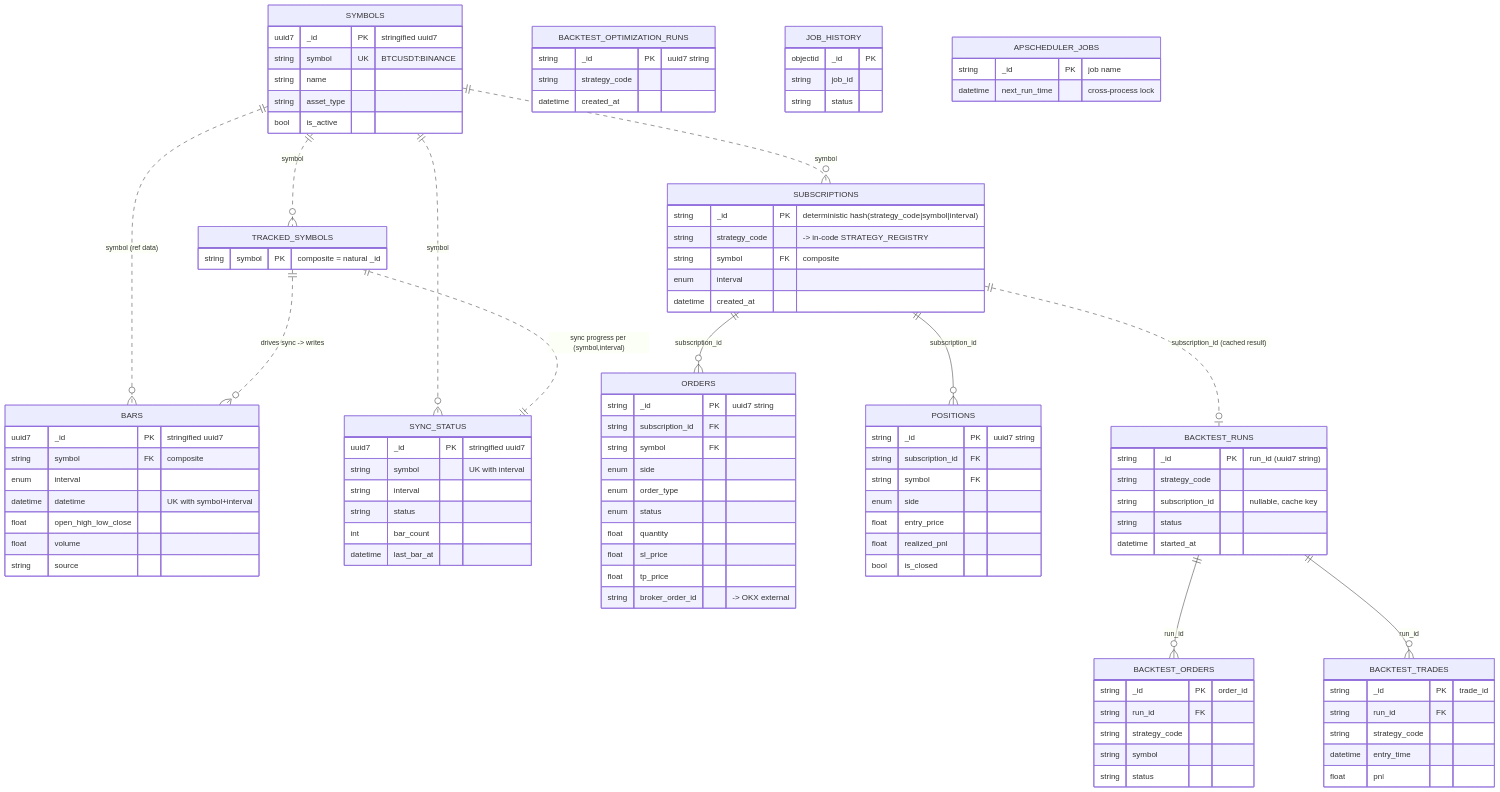
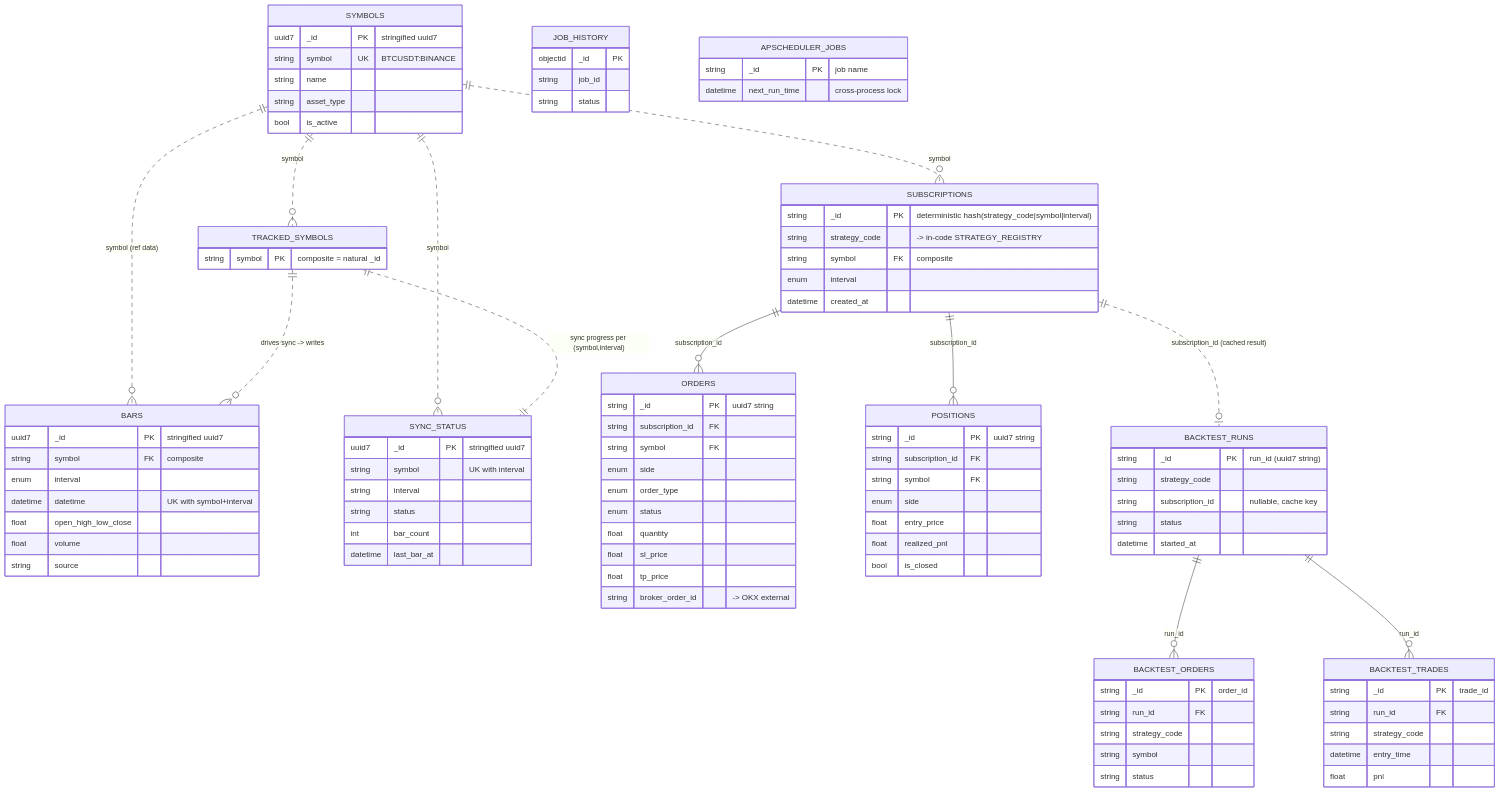
One commit to camping89/pocketquant changed the diagram in docs/visuals/collection-erd.mmd. Above: the diagram before and after it, drawn with Mermaid. The commit also changed 6 other files, not shown here.

```diff
--- a/docs/visuals/collection-erd.mmd
+++ b/docs/visuals/collection-erd.mmd
@@ -1,105 +1,100 @@
 erDiagram
     SYMBOLS ||..o{ BARS : "symbol (ref data)"
     SYMBOLS ||..o{ SYNC_STATUS : "symbol"
     SYMBOLS ||..o{ TRACKED_SYMBOLS : "symbol"
     TRACKED_SYMBOLS ||..o{ BARS : "drives sync -> writes"
     TRACKED_SYMBOLS ||..|| SYNC_STATUS : "sync progress per (symbol,interval)"
 
     SUBSCRIPTIONS ||--o{ ORDERS : "subscription_id"
     SUBSCRIPTIONS ||--o{ POSITIONS : "subscription_id"
     SUBSCRIPTIONS ||..o| BACKTEST_RUNS : "subscription_id (cached result)"
     SYMBOLS ||..o{ SUBSCRIPTIONS : "symbol"
 
     BACKTEST_RUNS ||--o{ BACKTEST_ORDERS : "run_id"
     BACKTEST_RUNS ||--o{ BACKTEST_TRADES : "run_id"
 
     SYMBOLS {
         uuid7 _id PK "stringified uuid7"
         string symbol UK "BTCUSDT:BINANCE"
         string name
         string asset_type
         bool is_active
     }
     BARS {
         uuid7 _id PK "stringified uuid7"
         string symbol FK "composite"
         enum interval
         datetime datetime "UK with symbol+interval"
         float open_high_low_close
         float volume
         string source
     }
     SYNC_STATUS {
         uuid7 _id PK "stringified uuid7"
         string symbol "UK with interval"
         string interval
         string status
         int bar_count
         datetime last_bar_at
     }
     TRACKED_SYMBOLS {
         string symbol PK "composite = natural _id"
     }
     SUBSCRIPTIONS {
         string _id PK "deterministic hash(strategy_code|symbol|interval)"
         string strategy_code "-> in-code STRATEGY_REGISTRY"
         string symbol FK "composite"
         enum interval
         datetime created_at
     }
     ORDERS {
         string _id PK "uuid7 string"
         string subscription_id FK
         string symbol FK
         enum side
         enum order_type
         enum status
         float quantity
         float sl_price
         float tp_price
         string broker_order_id "-> OKX external"
     }
     POSITIONS {
         string _id PK "uuid7 string"
         string subscription_id FK
         string symbol FK
         enum side
         float entry_price
         float realized_pnl
         bool is_closed
     }
     BACKTEST_RUNS {
         string _id PK "run_id (uuid7 string)"
         string strategy_code
         string subscription_id "nullable, cache key"
         string status
         datetime started_at
     }
     BACKTEST_ORDERS {
         string _id PK "order_id"
         string run_id FK
         string strategy_code
         string symbol
         string status
     }
     BACKTEST_TRADES {
         string _id PK "trade_id"
         string run_id FK
         string strategy_code
         datetime entry_time
         float pnl
     }
-    BACKTEST_OPTIMIZATION_RUNS {
-        string _id PK "uuid7 string"
-        string strategy_code
-        datetime created_at
-    }
     JOB_HISTORY {
         objectid _id PK
         string job_id
         string status
     }
     APSCHEDULER_JOBS {
         string _id PK "job name"
         datetime next_run_time "cross-process lock"
     }
```
